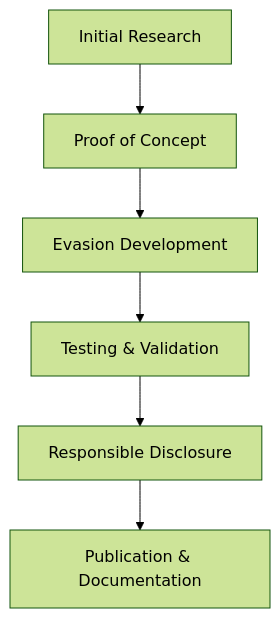
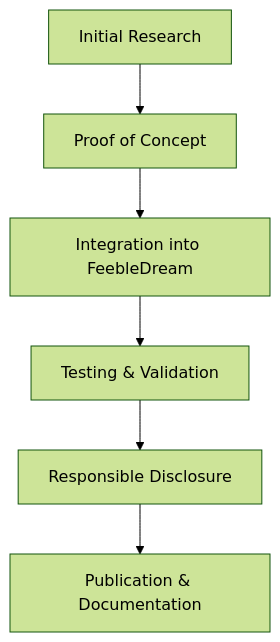
Before and after one commit to SplineUser/SplineUser: the diagram in README.md, drawn with Mermaid (forest theme). The commit also changed other lines of this file, not shown here.

````diff
--- a/README.md
+++ b/README.md
@@ -54,8 +54,8 @@
 ```mermaid
 graph TD
     A[Initial Research] --> B[Proof of Concept]
-    B --> C[Evasion Development]
+    B --> C[Integration into FeebleDream]
     C --> D[Testing & Validation]
     D --> E[Responsible Disclosure]
     E --> F[Publication & Documentation]
 ```
````
